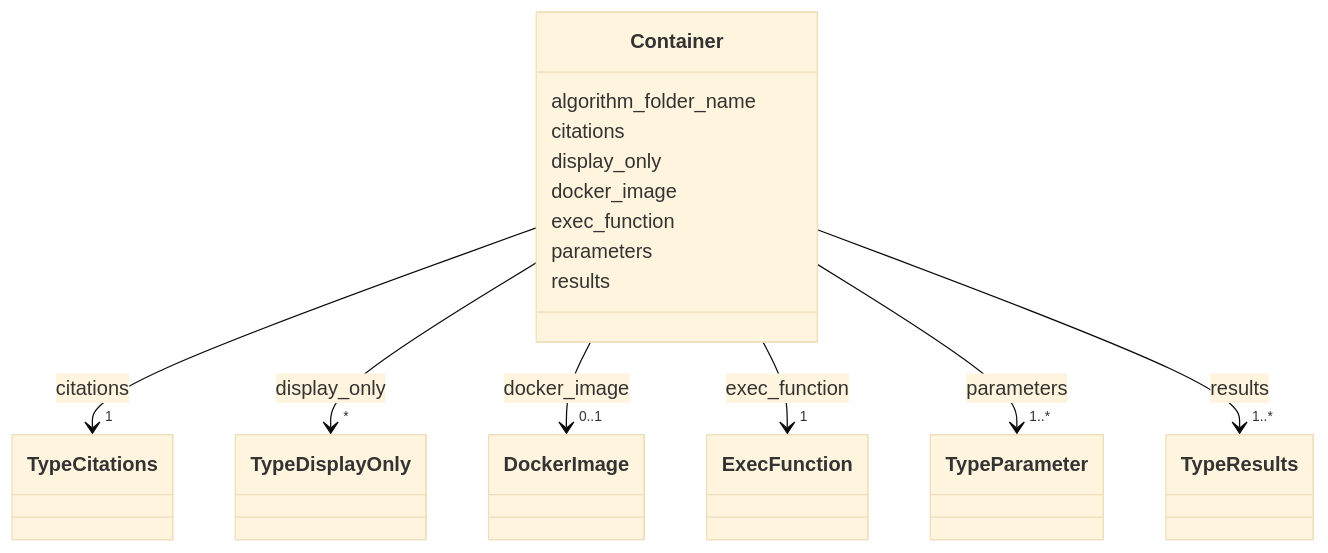
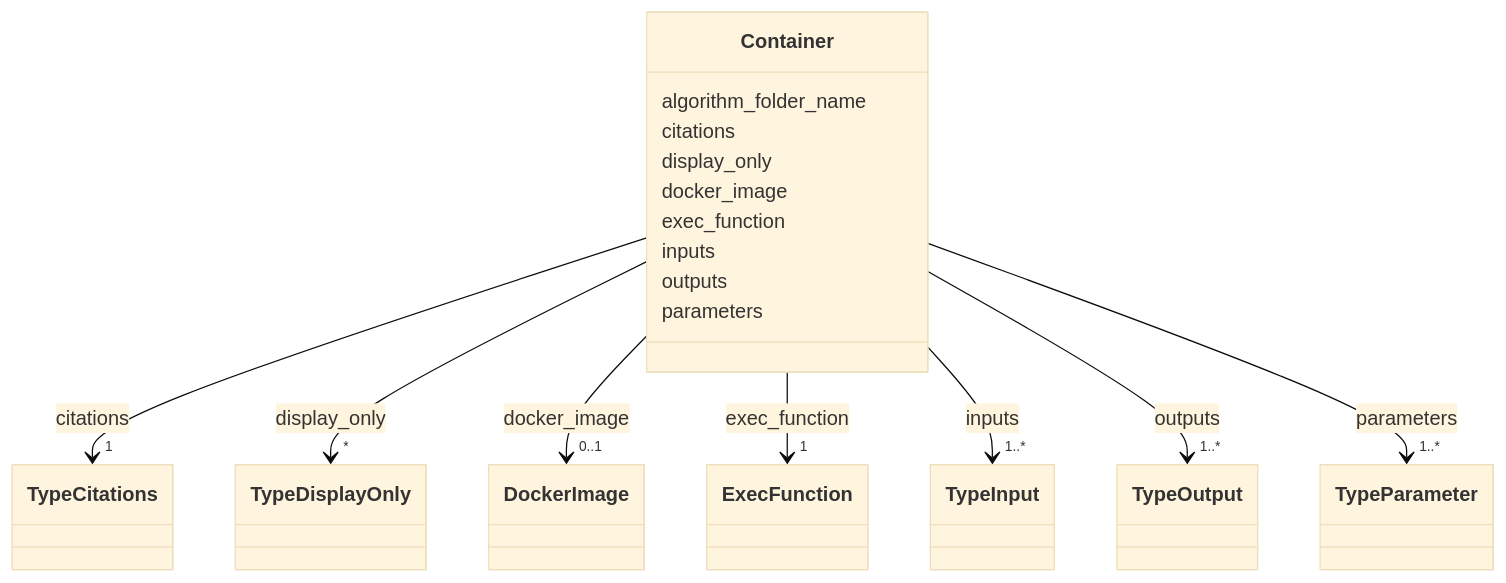
Before and after one commit to bilayer-containers/bilayers: the diagram in docs/developer/Container.md, drawn with Mermaid (base theme). The commit also changed other lines of this file and 49 other files, not shown here.

````diff
--- a/docs/developer/Container.md
+++ b/docs/developer/Container.md
@@ -19,62 +19,71 @@
 ```mermaid
  classDiagram
     class Container
     click Container href "../Container"
       Container : algorithm_folder_name
         
       Container : citations
         
           
     
     
     Container --> "1" TypeCitations : citations
     click TypeCitations href "../TypeCitations"
 
         
       Container : display_only
         
           
     
     
     Container --> "*" TypeDisplayOnly : display_only
     click TypeDisplayOnly href "../TypeDisplayOnly"
 
         
       Container : docker_image
         
           
     
     
     Container --> "0..1" DockerImage : docker_image
     click DockerImage href "../DockerImage"
 
         
       Container : exec_function
         
           
     
     
     Container --> "1" ExecFunction : exec_function
     click ExecFunction href "../ExecFunction"
 
         
+      Container : inputs
+        
+          
+    
+    
+    Container --> "1..*" TypeInput : inputs
+    click TypeInput href "../TypeInput"
+
+        
+      Container : outputs
+        
+          
+    
+    
+    Container --> "1..*" TypeOutput : outputs
+    click TypeOutput href "../TypeOutput"
+
+        
       Container : parameters
         
           
     
     
     Container --> "1..*" TypeParameter : parameters
     click TypeParameter href "../TypeParameter"
 
         
-      Container : results
-        
-          
-    
-    
-    Container --> "1..*" TypeResults : results
-    click TypeResults href "../TypeResults"
-
-        
       
 ```
````
